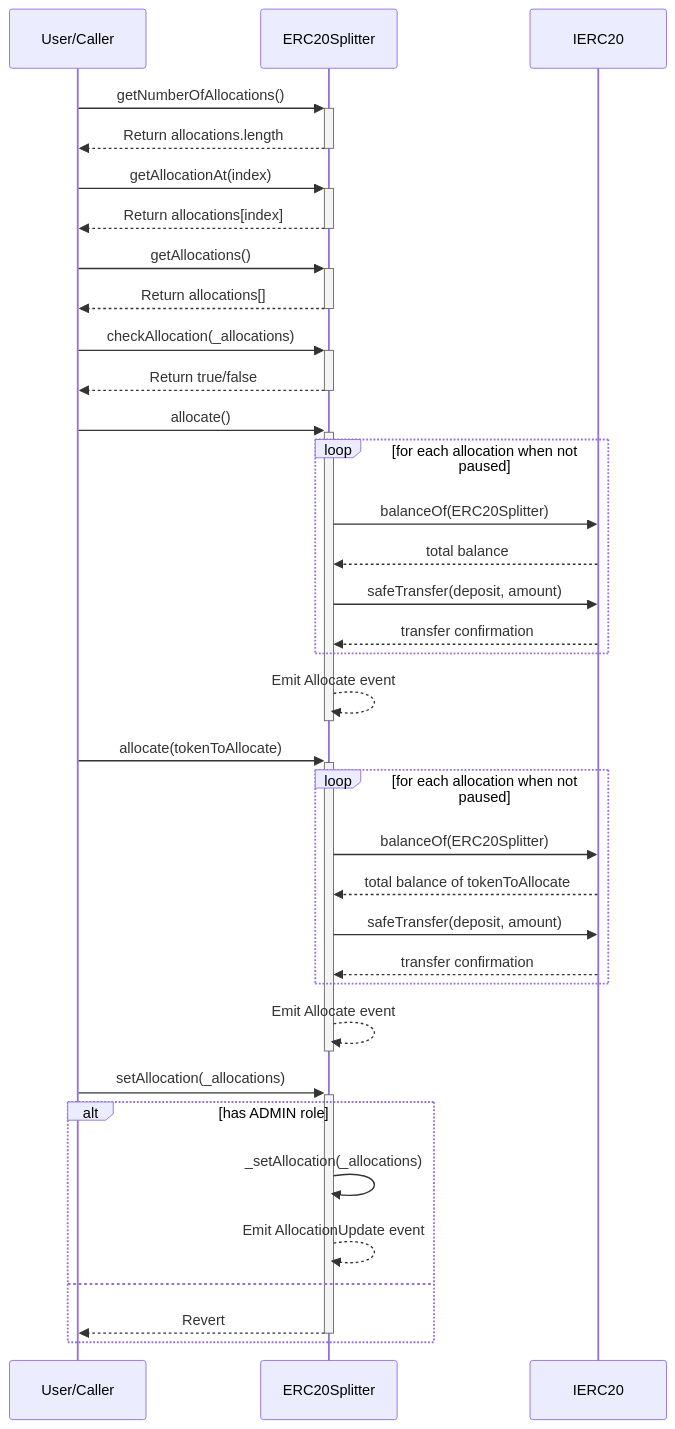
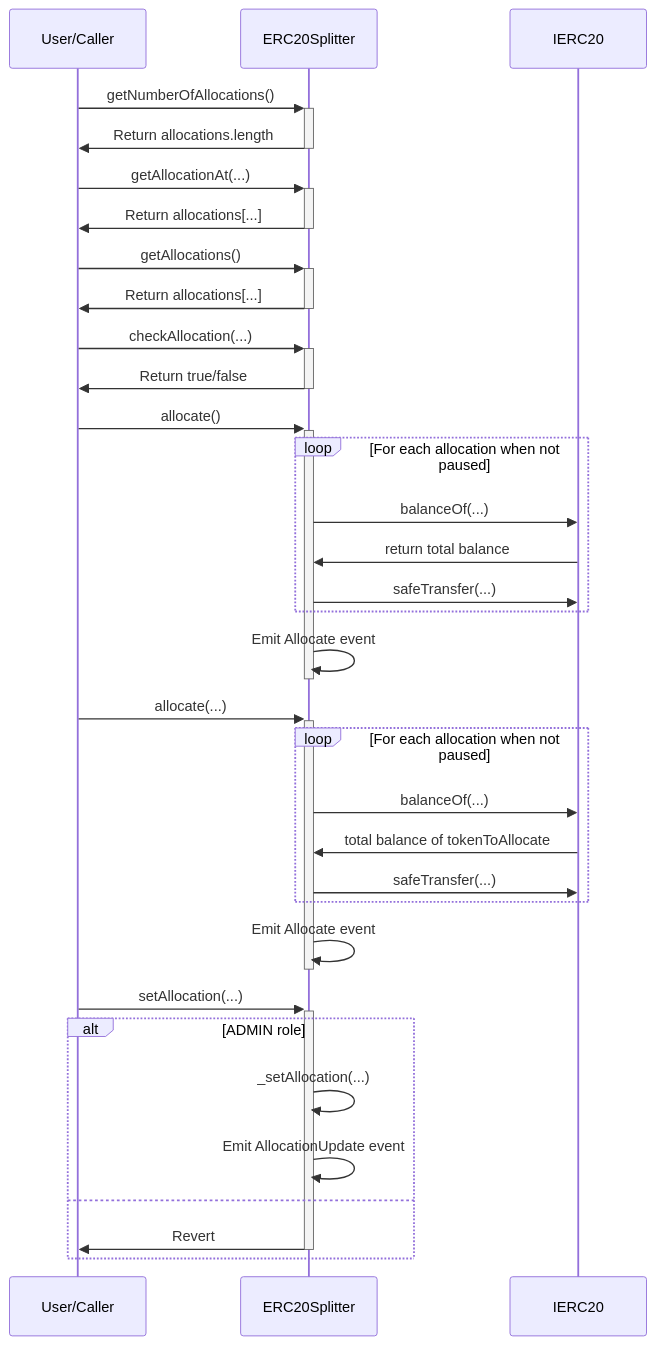
Before and after one commit to ZTX-Foundation/tuxedo: the second of 2 diagrams in doc/contracts/finance/ERC20Splitter.md, drawn with Mermaid. The commit also changed 17 other files, not shown here.

````diff
--- a/doc/contracts/finance/ERC20Splitter.md
+++ b/doc/contracts/finance/ERC20Splitter.md
@@ -19,44 +19,42 @@
 ```mermaid
 sequenceDiagram
     participant User as User/Caller
     participant ERC20Splitter
     participant IERC20
 
     User->>+ERC20Splitter: getNumberOfAllocations()
-    ERC20Splitter-->>-User: Return allocations.length
+    ERC20Splitter->>-User: Return allocations.length
     
-    User->>+ERC20Splitter: getAllocationAt(index)
-    ERC20Splitter-->>-User: Return allocations[index]
+    User->>+ERC20Splitter: getAllocationAt(...)
+    ERC20Splitter->>-User: Return allocations[...]
     
     User->>+ERC20Splitter: getAllocations()
-    ERC20Splitter-->>-User: Return allocations[]
+    ERC20Splitter->>-User: Return allocations[...]
     
-    User->>+ERC20Splitter: checkAllocation(_allocations)
-    ERC20Splitter-->>-User: Return true/false
+    User->>+ERC20Splitter: checkAllocation(...)
+    ERC20Splitter->>-User: Return true/false
 
     User->>+ERC20Splitter: allocate()
-    loop for each allocation when not paused
-        ERC20Splitter->>IERC20: balanceOf(ERC20Splitter)
-        IERC20-->>ERC20Splitter: total balance
-        ERC20Splitter->>IERC20: safeTransfer(deposit, amount)
-        IERC20-->>ERC20Splitter: transfer confirmation
+    loop For each allocation when not paused
+        ERC20Splitter->>IERC20: balanceOf(...)
+        IERC20->>ERC20Splitter: return total balance
+        ERC20Splitter->>IERC20: safeTransfer(...)
     end
-    ERC20Splitter-->>-ERC20Splitter: Emit Allocate event
+    ERC20Splitter->>-ERC20Splitter: Emit Allocate event
 
-    User->>+ERC20Splitter: allocate(tokenToAllocate)
-    loop for each allocation when not paused
-        ERC20Splitter->>IERC20: balanceOf(ERC20Splitter)
-        IERC20-->>ERC20Splitter: total balance of tokenToAllocate
-        ERC20Splitter->>IERC20: safeTransfer(deposit, amount)
-        IERC20-->>ERC20Splitter: transfer confirmation
+    User->>+ERC20Splitter: allocate(...)
+    loop For each allocation when not paused
+        ERC20Splitter->>IERC20: balanceOf(...)
+        IERC20->>ERC20Splitter: total balance of tokenToAllocate
+        ERC20Splitter->>IERC20: safeTransfer(...)
     end
-    ERC20Splitter-->>-ERC20Splitter: Emit Allocate event
+    ERC20Splitter->>-ERC20Splitter: Emit Allocate event
 
-    User->>+ERC20Splitter: setAllocation(_allocations)
-    alt has ADMIN role
-        ERC20Splitter->>ERC20Splitter: _setAllocation(_allocations)
-        ERC20Splitter-->>ERC20Splitter: Emit AllocationUpdate event
+    User->>+ERC20Splitter: setAllocation(...)
+    alt ADMIN role
+        ERC20Splitter->>ERC20Splitter: _setAllocation(...)
+        ERC20Splitter->>ERC20Splitter: Emit AllocationUpdate event
     else
-        ERC20Splitter-->>-User: Revert
+        ERC20Splitter->>-User: Revert
     end
 ```
````
